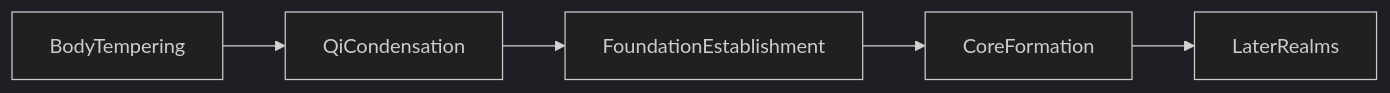
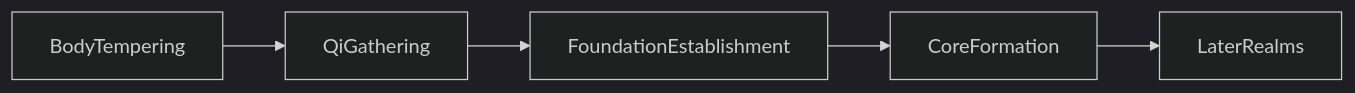
The diagram in docs/REALMS.md (benman500/AI-Adventure), drawn with Mermaid (dark theme) before and after one commit. The commit also changed other lines of this file and 122 other files, not shown here.

````diff
--- a/docs/REALMS.md
+++ b/docs/REALMS.md
@@ -71,7 +73,7 @@
 ```mermaid
 flowchart LR
-  bt[BodyTempering] --> qc[QiCondensation]
-  qc --> fe[FoundationEstablishment]
+  bt[BodyTempering] --> qg[QiGathering]
+  qg --> fe[FoundationEstablishment]
   fe --> cf[CoreFormation]
   cf --> later[LaterRealms]
 ```
````
